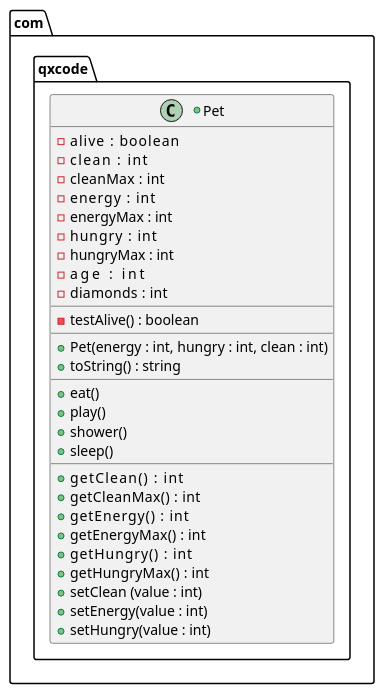
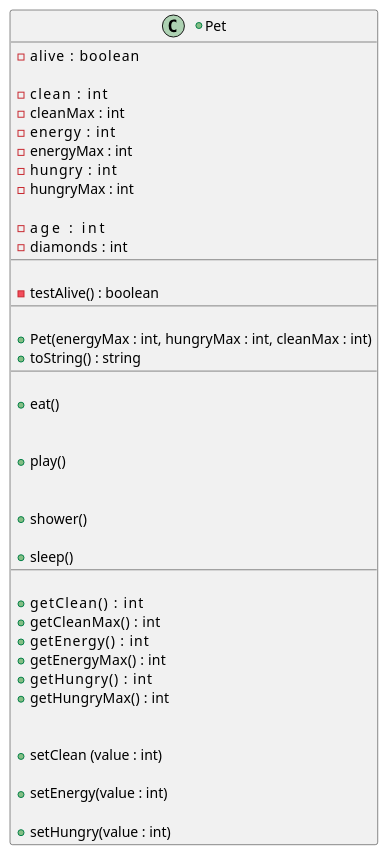
Before and after one commit to qxcodepoo/arcade: the diagram in base/006/Readme.md, drawn with PlantUML. The commit also changed 15 other files, not shown here.

````diff
--- a/base/006/Readme.md
+++ b/base/006/Readme.md
@@ -47,60 +47,81 @@
 ```plantuml
-package com.qxcode {
-  +class Pet {
+
++class Pet {
+    ' se o pet está vivo
     - alive     : boolean
+
     - clean     : int
     - cleanMax  : int
     - energy    : int
     - energyMax : int
     - hungry    : int
     - hungryMax : int
+    
     - age       : int
     - diamonds  : int
     __
+
+    ' verifique se o pet está vivo
+    ' se estiver morto emita uma mensagem de erro
+    ' retorne true ou false de acordo com o estado do pet
     - testAlive() : boolean
     __
-    + Pet(energy : int, hungry : int, clean : int)
+
+    ' inicialize todos os atributos
+    ' inicialize os atributos Max de acordo com os parâmetros
+    '   do construtor
+    ' hungry, energy e clean iniciam com os valores máximo
+    ' idade e diamantes iniciam com 0
+    ' alive deve ser true
+    + Pet(energyMax : int, hungryMax : int, cleanMax : int)
     + toString() : string
     __
+    
+    ' invoque o método testAlive para verificar se o pet esta vivo
+    ' altere os atributos do pet de acordo com as regras de comer
+    ' utilizando os métodos get e set
     + eat()
-    '
-    ' invoca o método testAlive para verificar se o pet esta vivo
-    ' se estiver vivo, altere os atributos utilizando os métodos set e get
+    
+    
+    ' invoque o método testAlive para verificar se o pet esta vivo
+    ' altere os atributos do pet de acordo com as regras de jogar
+    ' utilizando os métodos get e set
     + play()
-    '
-    ' o pet só pode tomar banho se estiver vivo
-    ' o pet vai ficar totalmente limpo após o banho
-    ' para tomar banho o pet gasta 3 de energia e 1 de fome
+    
+    
+    ' invoque o método testAlive para verificar se o pet esta vivo
+    ' altere os atributos do pet de acordo com as regras de comer
+    ' utilizando os métodos get e set
     + shower()
-    '
-    ' o pet só deve dormir se estiver vivo
-    ' o pet fica com sua eneriga máxima
-    ' idade aumenta do número de turnos que o pet dormiu
-    ' ao dormit o pet perde 1 de saciedade
+    
+    ' invoque o método testAlive para verificar se o pet esta vivo
+    ' altere os atributos do pet de acordo com as regras de comer
+    ' utilizando os métodos get e set
     + sleep()
     __
+
     + getClean()      : int
     + getCleanMax()   : int
     + getEnergy()     : int
     + getEnergyMax()  : int
     + getHungry()     : int
     + getHungryMax()  : int
-    ' 
+    
+    ' atribui o valor do parâmetro ao atributo clean
     ' se o valor for menor que 0 o pet morre de sujo
-    ' o valor não pode ser maior que o cleanMax
+    ' garanta que os valores ficarão no interalo 0 - max
+
     + setClean (value : int)
-    '
+    
     ' atribui o valor de energia
     ' se o valor ficar abaixo de 0, o pet morre de fraqueza
     ' garanta que os valores ficarão no interalo 0 - max
-    ' use esse modelo para fazer os outros métodos set
     + setEnergy(value : int)
-    '
+    
     ' atribui o valor da hungry
     ' se o valor for menor ou igual a 0 o pet morre de fome
-    ' o valor não pode ser maior que o hungryMax
-    ' senão hungry vai ser igual ao valor
+    ' garanta que os valores ficarão no interalo 0 - max
     + setHungry(value : int)
-  }
 }
+
 ```
````
